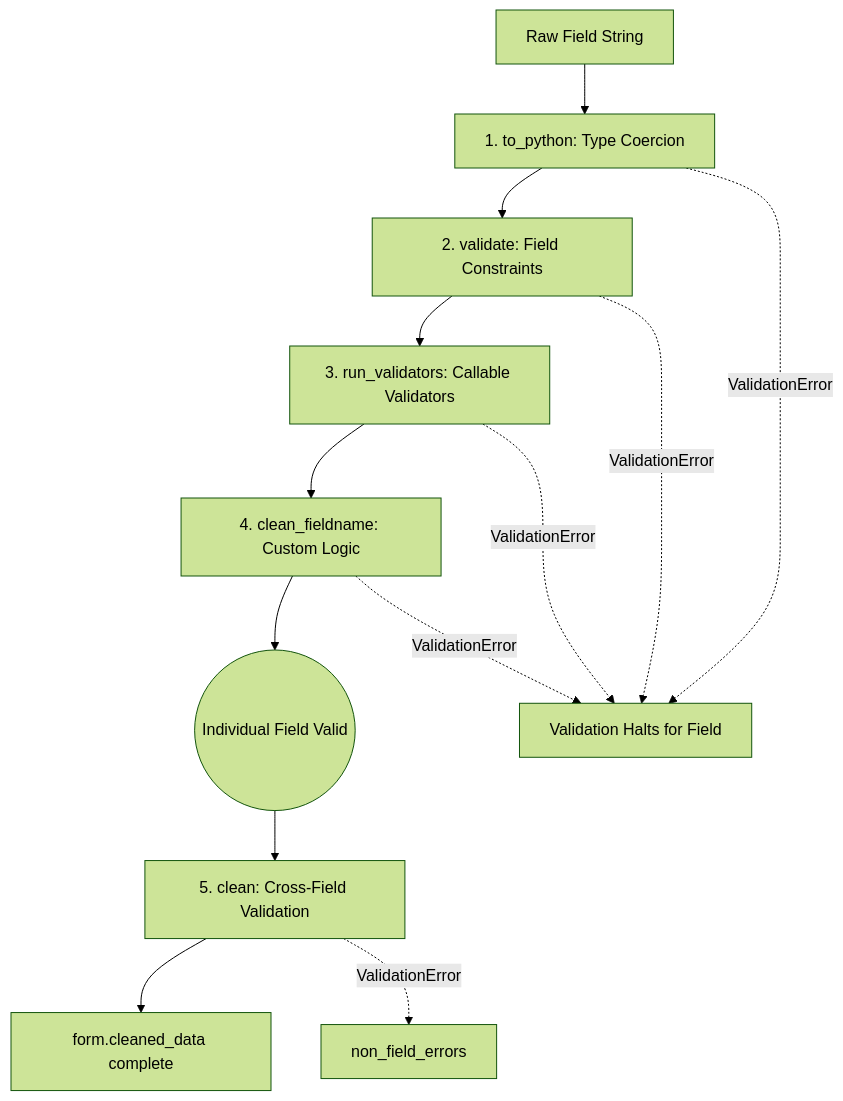
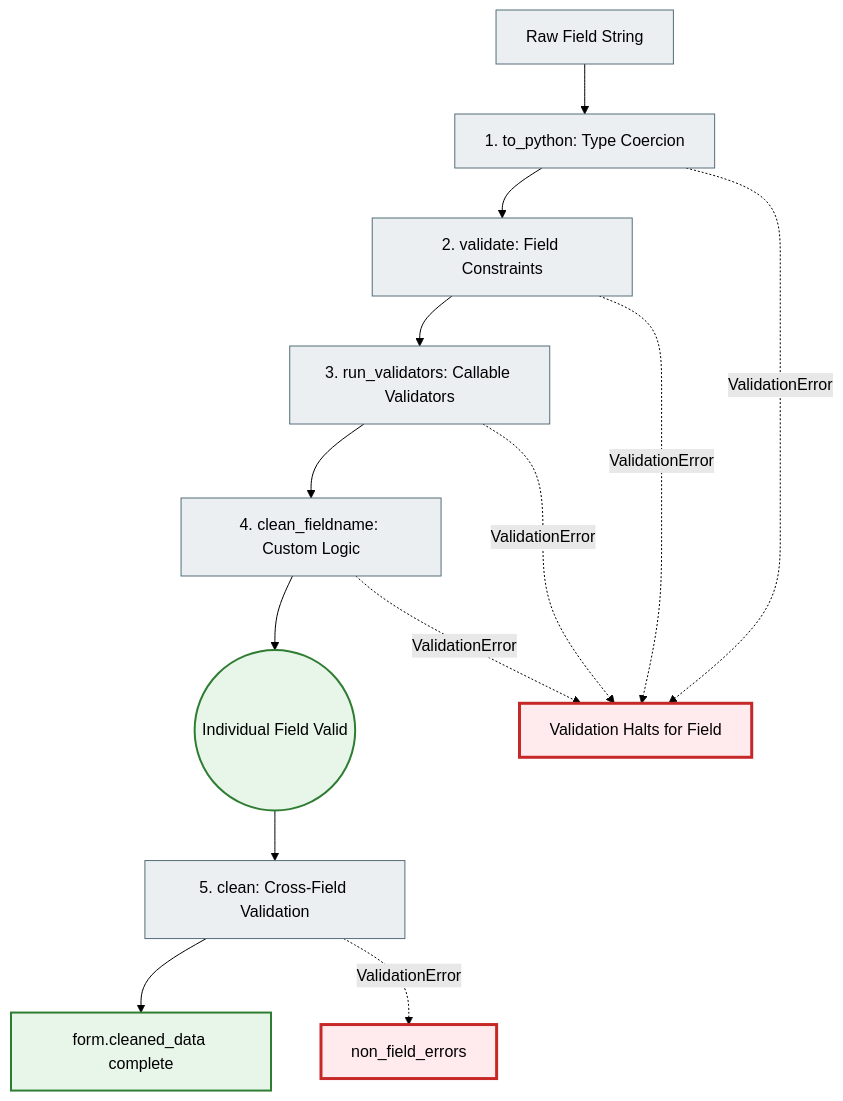
Before and after one commit to NikoriakViktot/notes_chat_app: the seventh of 12 diagrams in docs/04_forms_and_validation/django_forms_full.md, drawn with Mermaid (forest theme). The commit also changed other lines of this file and 441 other files, not shown here.

First line of the commit message:
Add English version of the book, Mermaid standard, docs fixes

````diff
--- a/docs/04_forms_and_validation/django_forms_full.md
+++ b/docs/04_forms_and_validation/django_forms_full.md
@@ -669,17 +699,24 @@
 ```mermaid
 graph TD
     A[Raw Field String] --> B[1. to_python: Type Coercion]
     B --> C[2. validate: Field Constraints]
     C --> D[3. run_validators: Callable Validators]
     D --> E["4. clean_fieldname: Custom Logic"]
     E --> F((Individual Field Valid))
 
     B -.->|ValidationError| Z[Validation Halts for Field]
     C -.->|ValidationError| Z
     D -.->|ValidationError| Z
     E -.->|ValidationError| Z
 
     F --> G["5. clean: Cross-Field Validation"]
     G --> H[form.cleaned_data complete]
     G -.->|ValidationError| I[non_field_errors]
+
+    classDef step     fill:#eceff1,stroke:#546e7a,stroke-width:1px;
+    classDef success  fill:#e8f5e9,stroke:#2e7d32,stroke-width:2px;
+    classDef error    fill:#ffebee,stroke:#c62828,stroke-width:3px;
+    class A,B,C,D,E,G step;
+    class F,H success;
+    class Z,I error;
 ```
````
